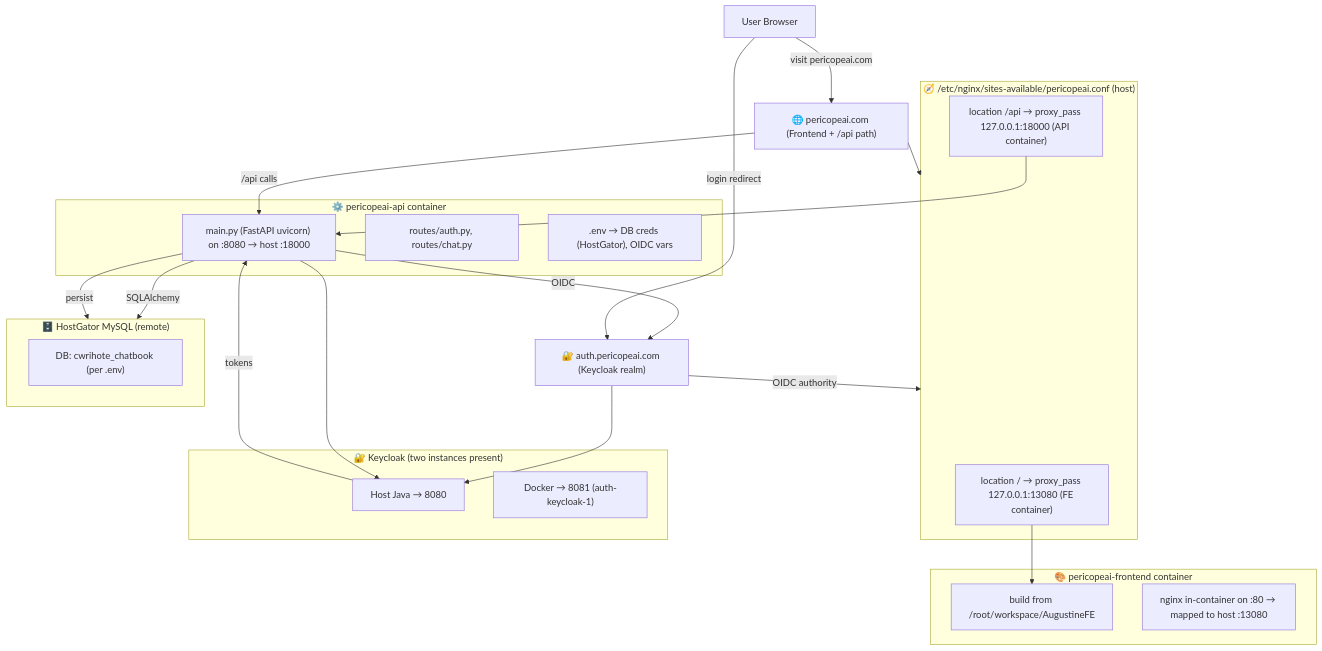
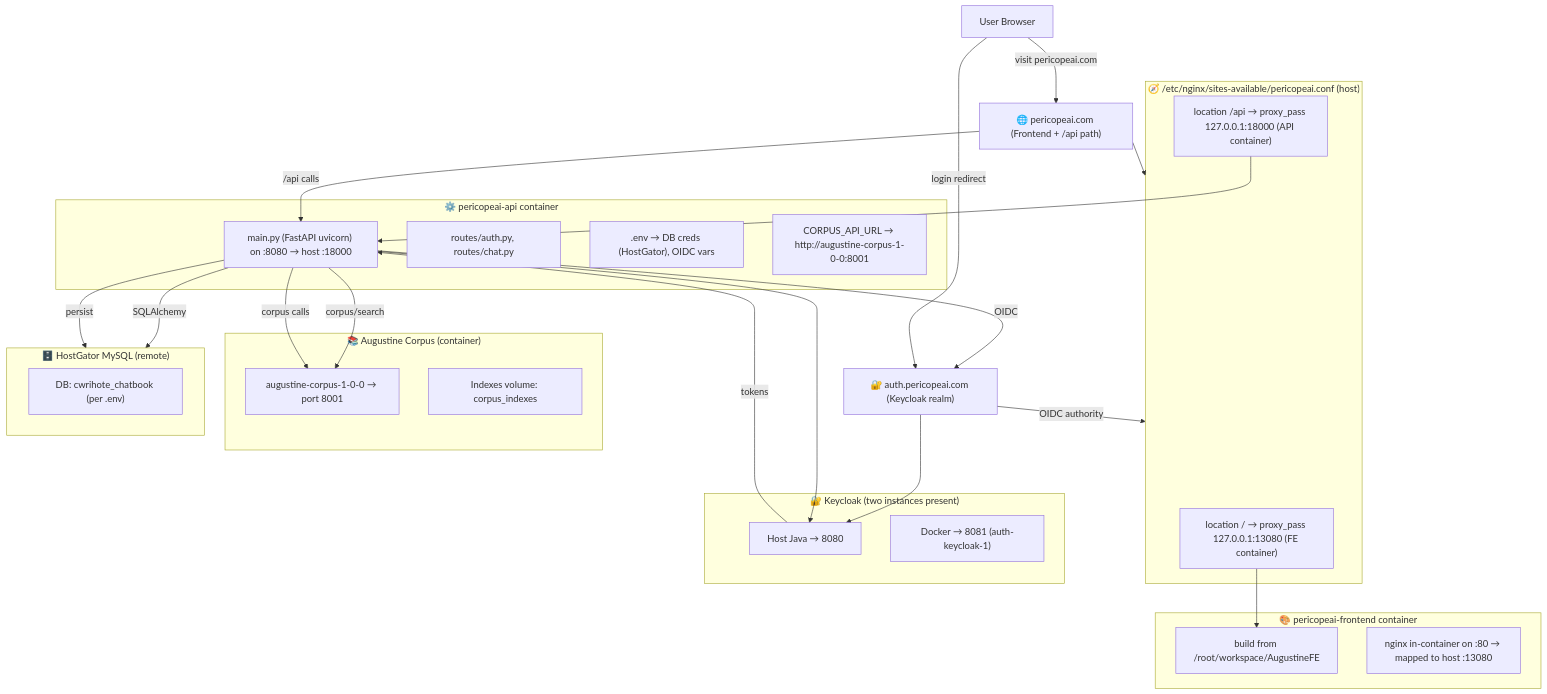
One commit to benlagrone/fortress-phronesis changed the diagram in docs/pericope-ai.mmd. Above: the diagram before and after it, drawn with Mermaid. The commit also changed 5 other files, not shown here.

```diff
--- a/docs/pericope-ai.mmd
+++ b/docs/pericope-ai.mmd
@@ -1,56 +1,65 @@
 graph TD
 
 %% ─── ENTRYPOINTS ─────────────────────────────
 A1["🌐 pericopeai.com (Frontend + /api path)"]
 A2["🔐 auth.pericopeai.com (Keycloak realm)"]
 
 %% ─── NGINX CONFIGURATION ─────────────────────
 subgraph S1["🧭 /etc/nginx/sites-available/pericopeai.conf (host)"]
   S1a["location / → proxy_pass 127.0.0.1:13080 (FE container)"]
   S1b["location /api → proxy_pass 127.0.0.1:18000 (API container)"]
 end
 
 A1 --> S1
 A2 -->|OIDC authority| S1
 
 %% ─── FRONTEND (CONTAINER) ─────────────────────
 subgraph S2["🎨 pericopeai-frontend container"]
   S2a["build from /root/workspace/AugustineFE"]
   S2b["nginx in-container on :80 → mapped to host :13080"]
 end
 
 S1a --> S2a
 
 %% ─── BACKEND (CONTAINER) ─────────────────────
 subgraph S3["⚙️ pericopeai-api container"]
   S3a["main.py (FastAPI uvicorn) on :8080 → host :18000"]
   S3b["routes/auth.py, routes/chat.py"]
   S3c[".env → DB creds (HostGator), OIDC vars"]
+  S3d["CORPUS_API_URL → http://augustine-corpus-1-0-0:8001"]
 end
 
 S1b --> S3a
 S3a -->|OIDC| A2
+S3a -->|corpus/search| S4a
+
+%% ─── CORPUS SERVICE ──────────────────────────
+subgraph S4["📚 Augustine Corpus (container)"]
+  S4a["augustine-corpus-1-0-0 → port 8001"]
+  S4b["Indexes volume: corpus_indexes"]
+end
 
 %% ─── DATABASE ────────────────────────────────
-subgraph S4["🗄️ HostGator MySQL (remote)"]
-  S4a["DB: cwrihote_chatbook (per .env)"]
+subgraph S5["🗄️ HostGator MySQL (remote)"]
+  S5a["DB: cwrihote_chatbook (per .env)"]
 end
 
-S3a -->|SQLAlchemy| S4
+S3a -->|SQLAlchemy| S5
 
 %% ─── AUTH SERVER ─────────────────────────────
-subgraph S5["🔐 Keycloak (two instances present)"]
-  S5a["Host Java → 8080"]
-  S5b["Docker → 8081 (auth-keycloak-1)"]
+subgraph S6["🔐 Keycloak (two instances present)"]
+  S6a["Host Java → 8080"]
+  S6b["Docker → 8081 (auth-keycloak-1)"]
 end
 
-A2 --> S5a
-S3a --> S5a
+A2 --> S6a
+S3a --> S6a
 
 %% ─── LOGICAL FLOW ────────────────────────────
 User["User Browser"] -->|visit pericopeai.com| A1
 User -->|login redirect| A2
 A1 -->|/api calls| S3a
-S3a -->|persist| S4
-S5a -->|tokens| S3a
+S3a -->|persist| S5
+S6a -->|tokens| S3a
+S3a -->|corpus calls| S4a
 %% Note: API served via path /api on pericopeai.com (api.* subdomain unused).
```
